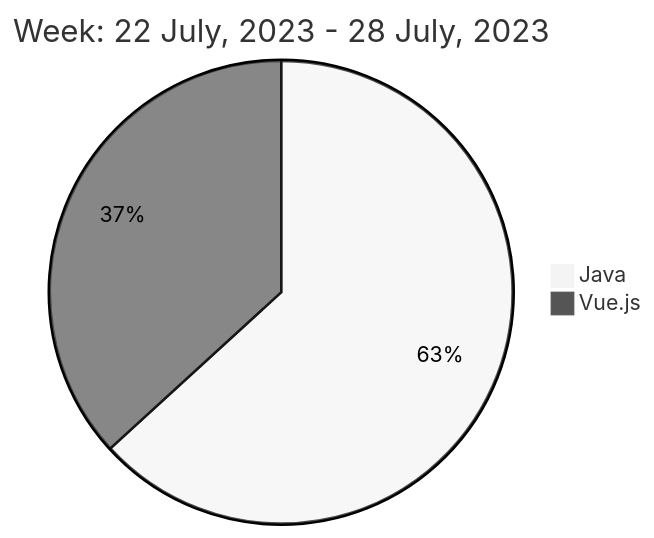
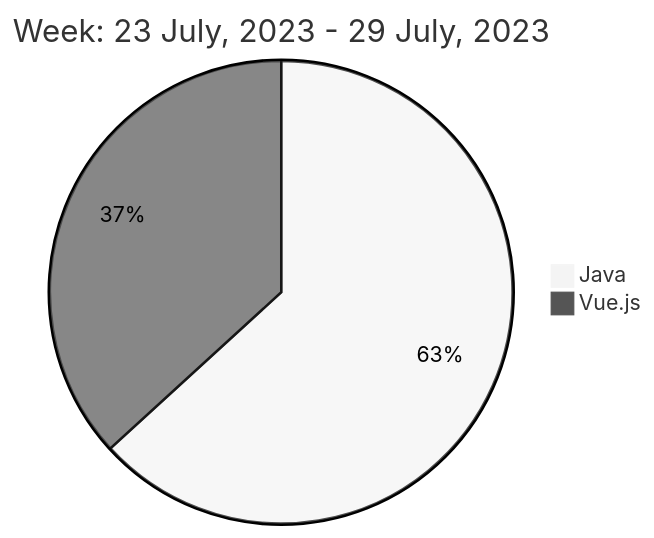
Before and after one commit to liubin95/liubin95: the diagram in README.md, drawn with Mermaid (neutral theme).

Commit message:
Updated the Graph with new Metrics

````diff
--- a/README.md
+++ b/README.md
@@ -40,6 +40,6 @@
 ```mermaid
  pie
-title Week: 22 July, 2023 - 28 July, 2023
+title Week: 23 July, 2023 - 29 July, 2023
  "Java" : 2.2
  "Vue.js" : 1.28
 ```
````
